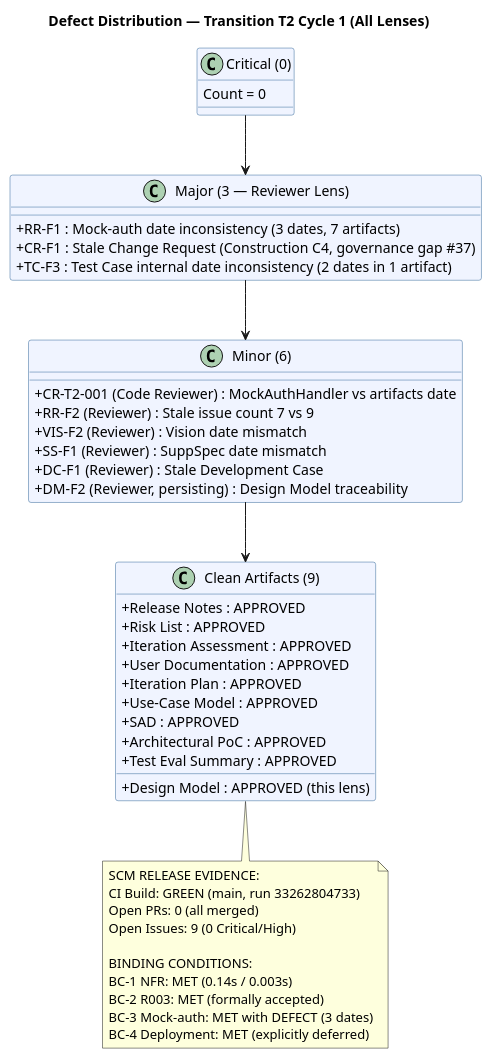
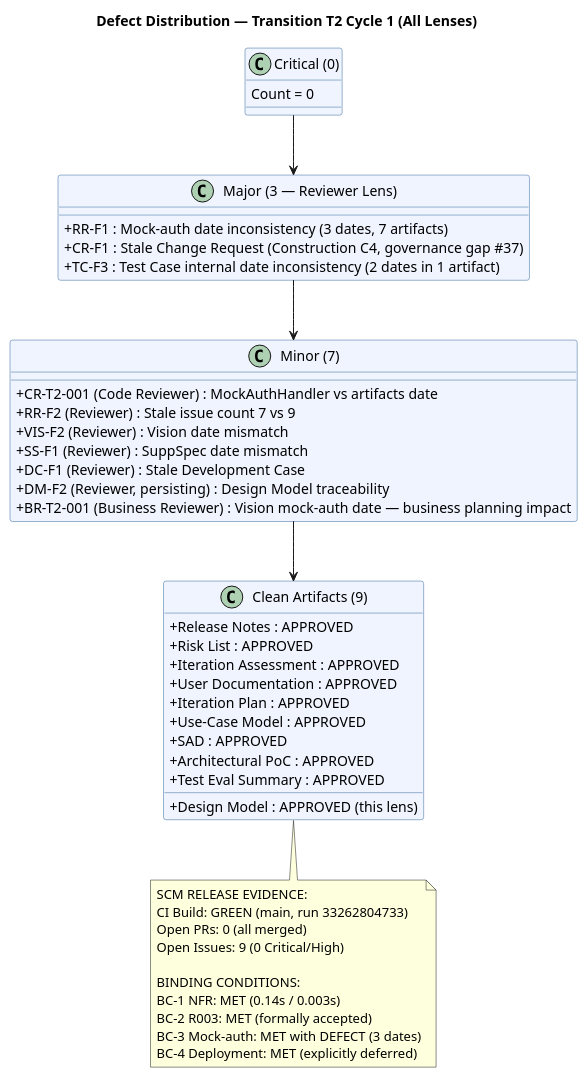
The sixth of 9 diagrams in docs/artifacts/project-management/review-record.md (banense-test/portal-cuba-corp), drawn with PlantUML before and after one commit. The commit also changed other lines of this file, not shown here.

First line of the commit message:
Business Reviewer [T2]: upsert Review Record

````diff
--- a/docs/artifacts/project-management/review-record.md
+++ b/docs/artifacts/project-management/review-record.md
@@ -304,60 +538,61 @@
 ```plantuml
 @startuml
 title Defect Distribution — Transition T2 Cycle 1 (All Lenses)
 
 skinparam classAttributeIconSize 0
 skinparam classBackgroundColor #F0F4FF
 skinparam classBorderColor #336699
 skinparam shadowing false
 
 class "Critical (0)" as CR {
   Count = 0
 }
 
 class "Major (3 — Reviewer Lens)" as MAJ_R {
   + RR-F1 : Mock-auth date inconsistency (3 dates, 7 artifacts)
   + CR-F1 : Stale Change Request (Construction C4, governance gap #37)
   + TC-F3 : Test Case internal date inconsistency (2 dates in 1 artifact)
 }
 
-class "Minor (6)" as MIN {
+class "Minor (7)" as MIN {
   + CR-T2-001 (Code Reviewer) : MockAuthHandler vs artifacts date
   + RR-F2 (Reviewer) : Stale issue count 7 vs 9
   + VIS-F2 (Reviewer) : Vision date mismatch
   + SS-F1 (Reviewer) : SuppSpec date mismatch
   + DC-F1 (Reviewer) : Stale Development Case
   + DM-F2 (Reviewer, persisting) : Design Model traceability
+  + BR-T2-001 (Business Reviewer) : Vision mock-auth date — business planning impact
 }
 
 class "Clean Artifacts (9)" as CLEAN {
   + Release Notes : APPROVED
   + Risk List : APPROVED
   + Iteration Assessment : APPROVED
   + User Documentation : APPROVED
   + Iteration Plan : APPROVED
   + Use-Case Model : APPROVED
   + Design Model : APPROVED (this lens)
   + SAD : APPROVED
   + Architectural PoC : APPROVED
   + Test Eval Summary : APPROVED
 }
 
 CR --> MAJ_R
 MAJ_R --> MIN
 MIN --> CLEAN
 
 note bottom of CLEAN
   SCM RELEASE EVIDENCE:
   CI Build: GREEN (main, run 33262804733)
   Open PRs: 0 (all merged)
   Open Issues: 9 (0 Critical/High)
   
   BINDING CONDITIONS:
   BC-1 NFR: MET (0.14s / 0.003s)
   BC-2 R003: MET (formally accepted)
   BC-3 Mock-auth: MET with DEFECT (3 dates)
   BC-4 Deployment: MET (explicitly deferred)
 end note
 
 @enduml
 ```
````
